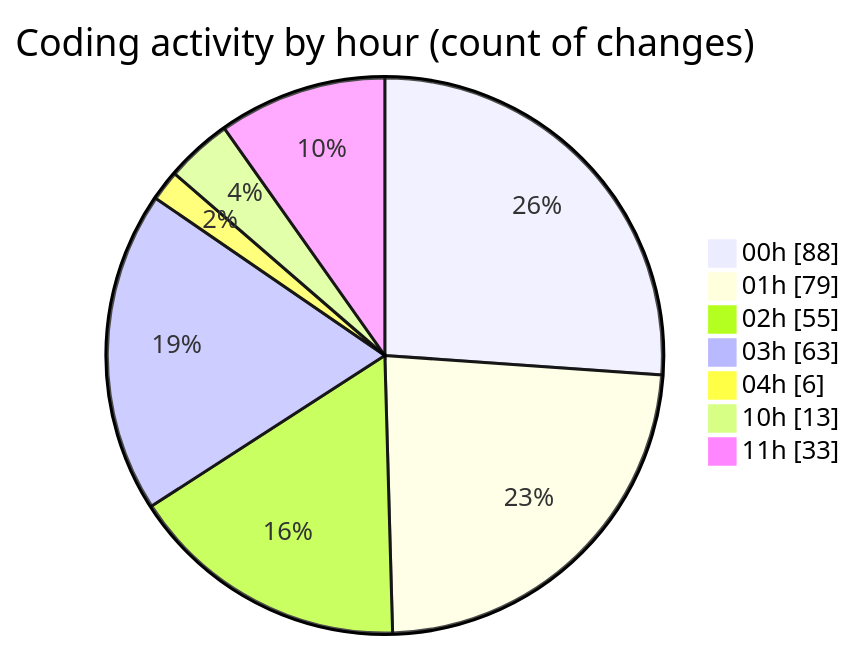
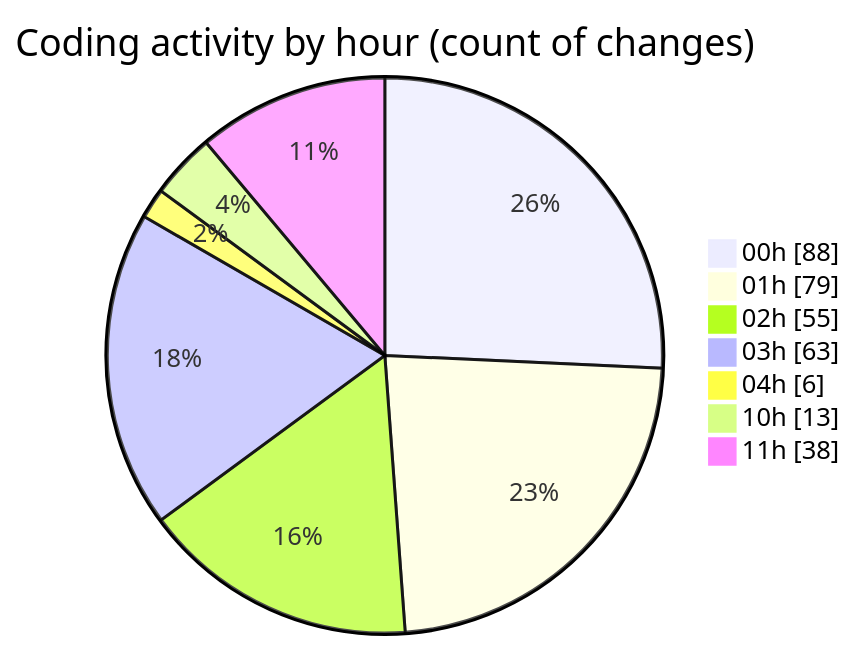
The second of 2 diagrams in 2025-08-16/rentotp/README.md (lephambinh05/code-tracking), drawn with Mermaid before and after one commit. The commit also changed other lines of this file and 1 other file, not shown here.

````diff
--- a/2025-08-16/rentotp/README.md
+++ b/2025-08-16/rentotp/README.md
@@ -77,11 +78,11 @@
 ```mermaid
 pie showData
 title Coding activity by hour (count of changes)
 "00h" : 88
 "01h" : 79
 "02h" : 55
 "03h" : 63
 "04h" : 6
 "10h" : 13
-"11h" : 33
+"11h" : 38
 ```
````
